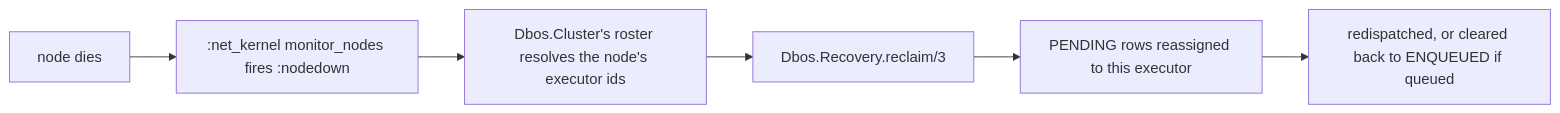
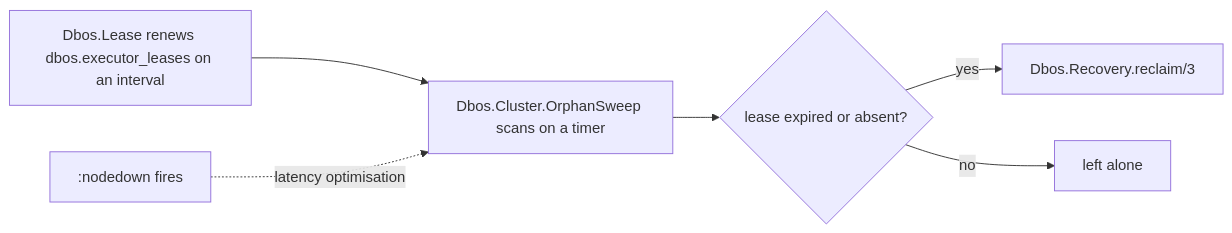
Before and after one commit to mbuhot/dbos_elixir: the diagram in docs/clustering.md, drawn with Mermaid. The commit also changed other lines of this file and 32 other files, not shown here.

````diff
--- a/docs/clustering.md
+++ b/docs/clustering.md
@@ -35,8 +23,8 @@
 ```mermaid
 flowchart LR
-    A[node dies] --> B[":net_kernel monitor_nodes fires :nodedown"]
-    B --> C["Dbos.Cluster's roster resolves the node's executor ids"]
-    C --> D["Dbos.Recovery.reclaim/3"]
-    D --> E["PENDING rows reassigned to this executor"]
-    E --> F["redispatched, or cleared back to ENQUEUED if queued"]
+    A["Dbos.Lease renews dbos.executor_leases on an interval"] --> B["Dbos.Cluster.OrphanSweep scans on a timer"]
+    C[":nodedown fires"] -.latency optimisation.-> B
+    B --> D{"lease expired or absent?"}
+    D -- yes --> E["Dbos.Recovery.reclaim/3"]
+    D -- no --> F["left alone"]
 ```
````
